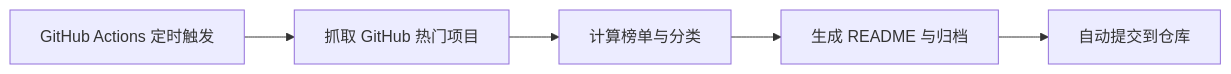
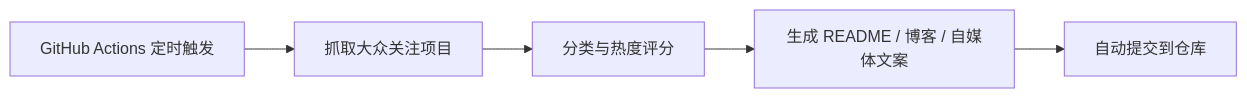
The diagram in README.md (bailui/bailu-github-daily-rank), drawn with Mermaid before and after one commit. The commit also changed other lines of this file, not shown here.

````diff
--- a/README.md
+++ b/README.md
@@ -76,7 +88,7 @@
 ```mermaid
 flowchart LR
-    A[GitHub Actions 定时触发] --> B[抓取 GitHub 热门项目]
-    B --> C[计算榜单与分类]
-    C --> D[生成 README 与归档]
+    A[GitHub Actions 定时触发] --> B[抓取大众关注项目]
+    B --> C[分类与热度评分]
+    C --> D[生成 README / 博客 / 自媒体文案]
     D --> E[自动提交到仓库]
 ```
````
